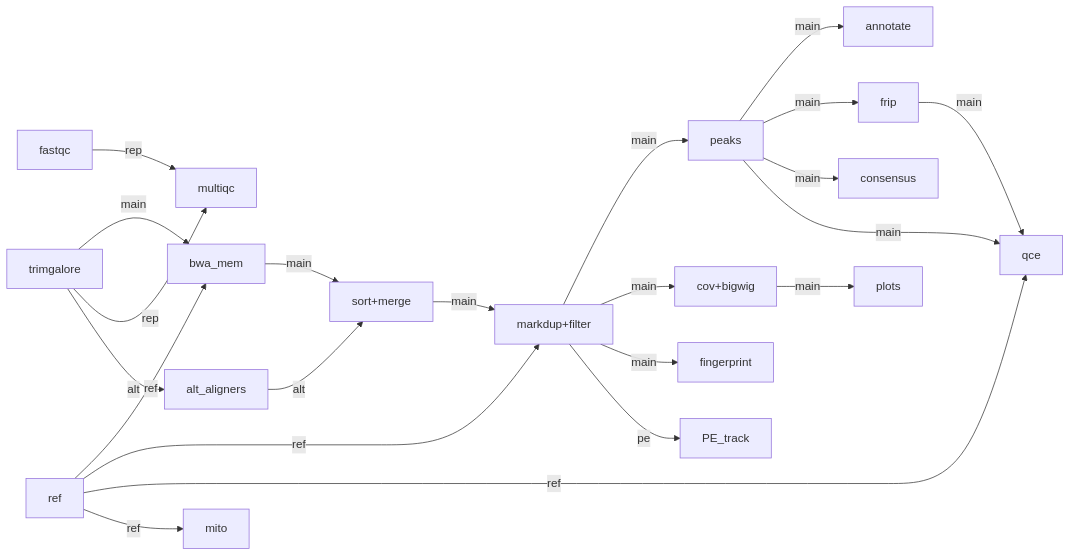
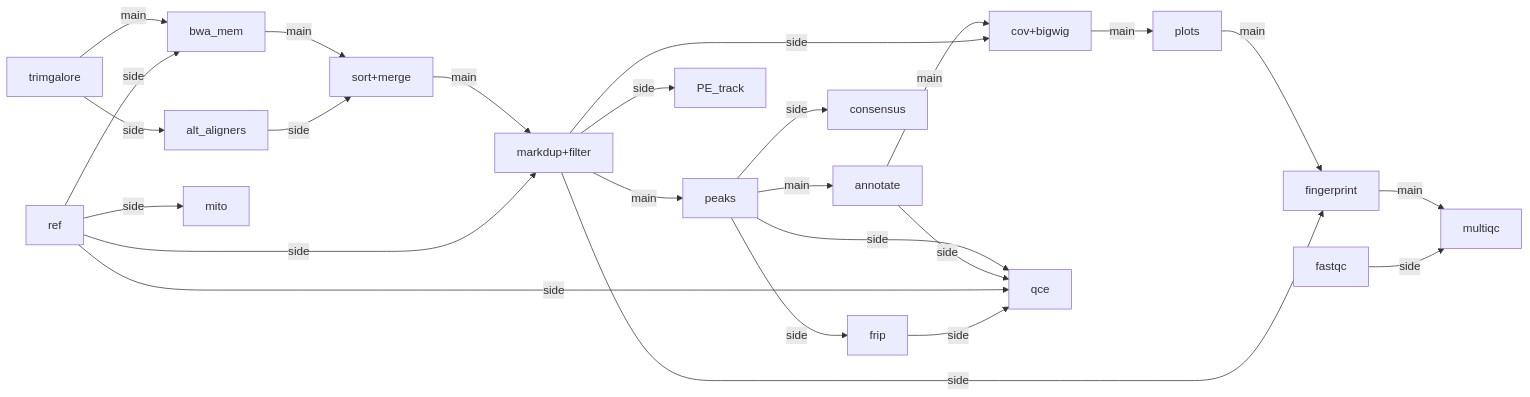
The diagram in scripts/semantic_maps/oxo-flow-atacseq.mmd (oxo-flow-community/oxo-flow-community.github.io), drawn with Mermaid before and after one commit. The commit also changed 14 other files, not shown here.

First line of the commit message:
atacseq semantic v2: two-lane (main + assist) — 主线单感, 支流一条助跑轨收敛

```diff
--- a/scripts/semantic_maps/oxo-flow-atacseq.mmd
+++ b/scripts/semantic_maps/oxo-flow-atacseq.mmd
@@ -1,31 +1,31 @@
 %%metro line: main | Main pipeline | #79706E
-%%metro line: pe | PE track | #F2A93B
-%%metro line: alt | Alt aligners | #54A24B
-%%metro line: ref | References | #4C78A8
-%%metro line: rep | Reporting | #F2CF5B
+%%metro line: side | Assist routes | #E8A33D
 %%metro font_scale: 1.9
 %%metro stroke_scale: 1.6
 %%metro legend: br
 
 graph LR
     trimgalore -->|main| bwa_mem
     bwa_mem -->|main| sort+merge
     sort+merge -->|main| markdup+filter
     markdup+filter -->|main| peaks
     peaks -->|main| annotate
-    peaks -->|main| frip
-    frip -->|main| qce
-    markdup+filter -->|main| cov+bigwig
+    annotate -->|main| cov+bigwig
     cov+bigwig -->|main| plots
-    markdup+filter -->|main| fingerprint
-    fastqc -->|rep| multiqc
-    trimgalore -->|rep| multiqc
-    trimgalore -->|alt| alt_aligners
-    alt_aligners -->|alt| sort+merge
-    ref -->|ref| bwa_mem
-    ref -->|ref| markdup+filter
-    markdup+filter -->|pe| PE_track
-    peaks -->|main| consensus
-    ref -->|ref| qce
-    peaks -->|main| qce
-    ref -->|ref| mito
+    plots -->|main| fingerprint
+    fingerprint -->|main| multiqc
+    fastqc -->|side| multiqc
+    trimgalore -->|side| alt_aligners
+    alt_aligners -->|side| sort+merge
+    ref -->|side| bwa_mem
+    ref -->|side| markdup+filter
+    markdup+filter -->|side| PE_track
+    peaks -->|side| consensus
+    peaks -->|side| qce
+    annotate -->|side| qce
+    ref -->|side| qce
+    ref -->|side| mito
+    markdup+filter -->|side| cov+bigwig
+    markdup+filter -->|side| fingerprint
+    peaks -->|side| frip
+    frip -->|side| qce
```
